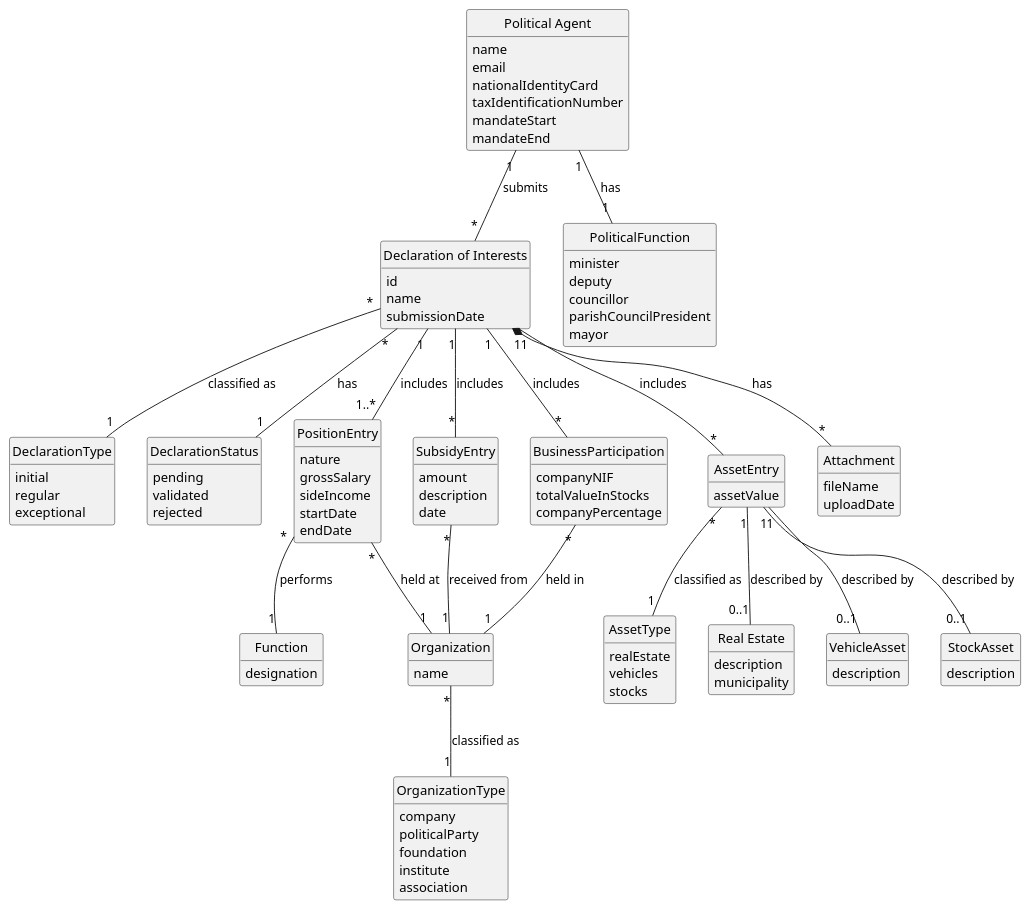
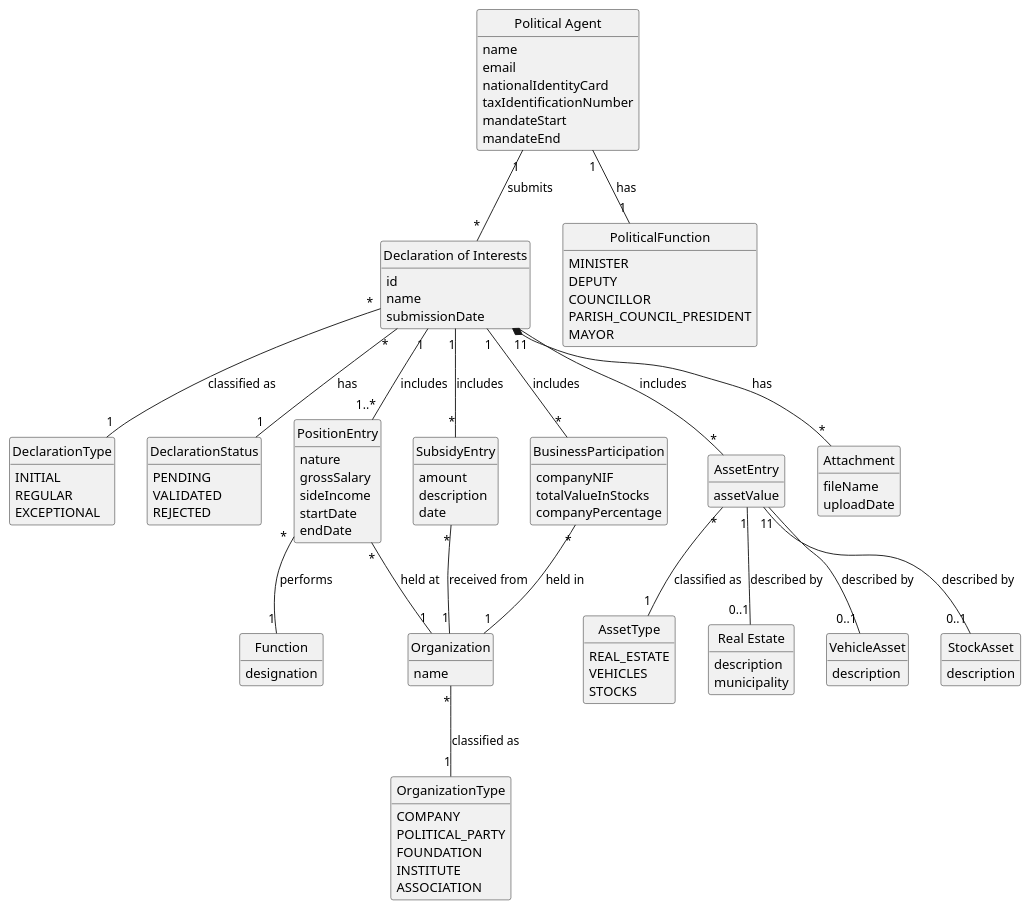
One commit to brunodspinto/crystal-clear-platform changed the diagram in docs/system-documentation/US06/02.analysis/puml/US06-DM.puml. Above: the diagram before and after it, drawn with PlantUML. The commit also changed 18 other files, not shown here.

```diff
--- a/docs/system-documentation/US06/02.analysis/puml/US06-DM.puml
+++ b/docs/system-documentation/US06/02.analysis/puml/US06-DM.puml
@@ -1,134 +1,134 @@
 @startuml US06-DM
 skinparam monochrome true
 skinparam packageStyle rectangle
 skinparam shadowing false
 skinparam classAttributeIconSize 0
 
 hide circle
 hide methods
 
 class "Political Agent" as PoliticalAgent {
     name
     email
     nationalIdentityCard
     taxIdentificationNumber
     mandateStart
     mandateEnd
 }
 
 class "Declaration of Interests" as Declaration {
     id
     name
     submissionDate
 }
 
 enum DeclarationType {
-    initial
-    regular
-    exceptional
+    INITIAL
+    REGULAR
+    EXCEPTIONAL
 }
 
 enum DeclarationStatus {
-    pending
-    validated
-    rejected
+    PENDING
+    VALIDATED
+    REJECTED
 }
 
 enum PoliticalFunction {
-    minister
-    deputy
-    councillor
-    parishCouncilPresident
-    mayor
+    MINISTER
+    DEPUTY
+    COUNCILLOR
+    PARISH_COUNCIL_PRESIDENT
+    MAYOR
 }
 
 class PositionEntry {
     nature
     grossSalary
     sideIncome
     startDate
     endDate
 }
 
 class Function {
     designation
 }
 
 class Organization {
     name
 }
 
 enum OrganizationType {
-    company
-    politicalParty
-    foundation
-    institute
-    association
+    COMPANY
+    POLITICAL_PARTY
+    FOUNDATION
+    INSTITUTE
+    ASSOCIATION
 }
 
 class SubsidyEntry {
     amount
     description
     date
 }
 
 class AssetEntry {
     assetValue
 }
 
 enum AssetType {
-    realEstate
-    vehicles
-    stocks
+    REAL_ESTATE
+    VEHICLES
+    STOCKS
 }
 
 class "Real Estate" as RealEstate {
     description
     municipality
 }
 
 class VehicleAsset {
     description
 }
 
 class StockAsset {
     description
 }
 
 class BusinessParticipation {
     companyNIF
     totalValueInStocks
     companyPercentage
 }
 
 class Attachment {
     fileName
     uploadDate
 }
 
 PoliticalAgent "1" -- "1" PoliticalFunction : has
 PoliticalAgent "1" -- "*" Declaration : submits
 
 Declaration "*" -- "1" DeclarationType : classified as
 Declaration "*" -- "1" DeclarationStatus : has
 Declaration "1" -- "1..*" PositionEntry : includes
 Declaration "1" -- "*" SubsidyEntry : includes
 Declaration "1" -- "*" AssetEntry : includes
 Declaration "1" -- "*" BusinessParticipation : includes
 Declaration "1" *-- "*" Attachment : has
 
 PositionEntry "*" -- "1" Organization : held at
 PositionEntry "*" -- "1" Function : performs
 
 Organization "*" -- "1" OrganizationType : classified as
 
 SubsidyEntry "*" -- "1" Organization : received from
 
 AssetEntry "*" -- "1" AssetType : classified as
 AssetEntry "1" -- "0..1" RealEstate : described by
 AssetEntry "1" -- "0..1" VehicleAsset : described by
 AssetEntry "1" -- "0..1" StockAsset : described by
 
 BusinessParticipation "*" -- "1" Organization : held in
 
 @enduml
```
